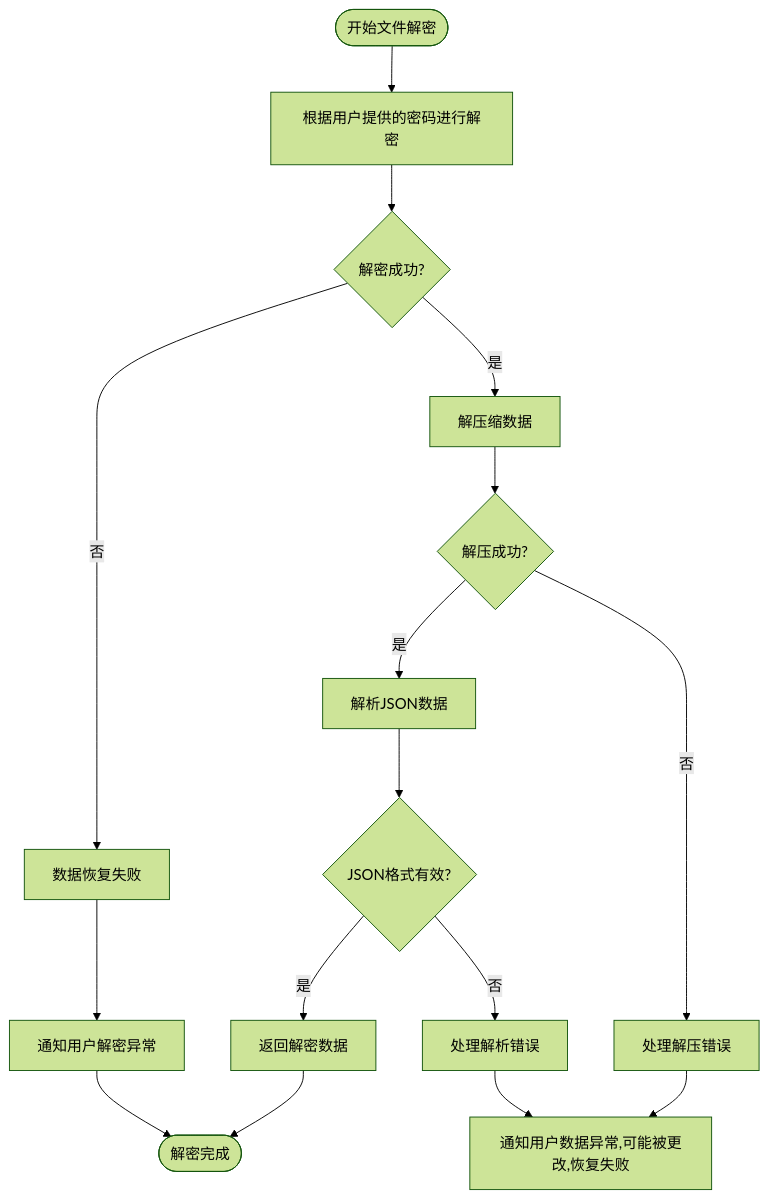
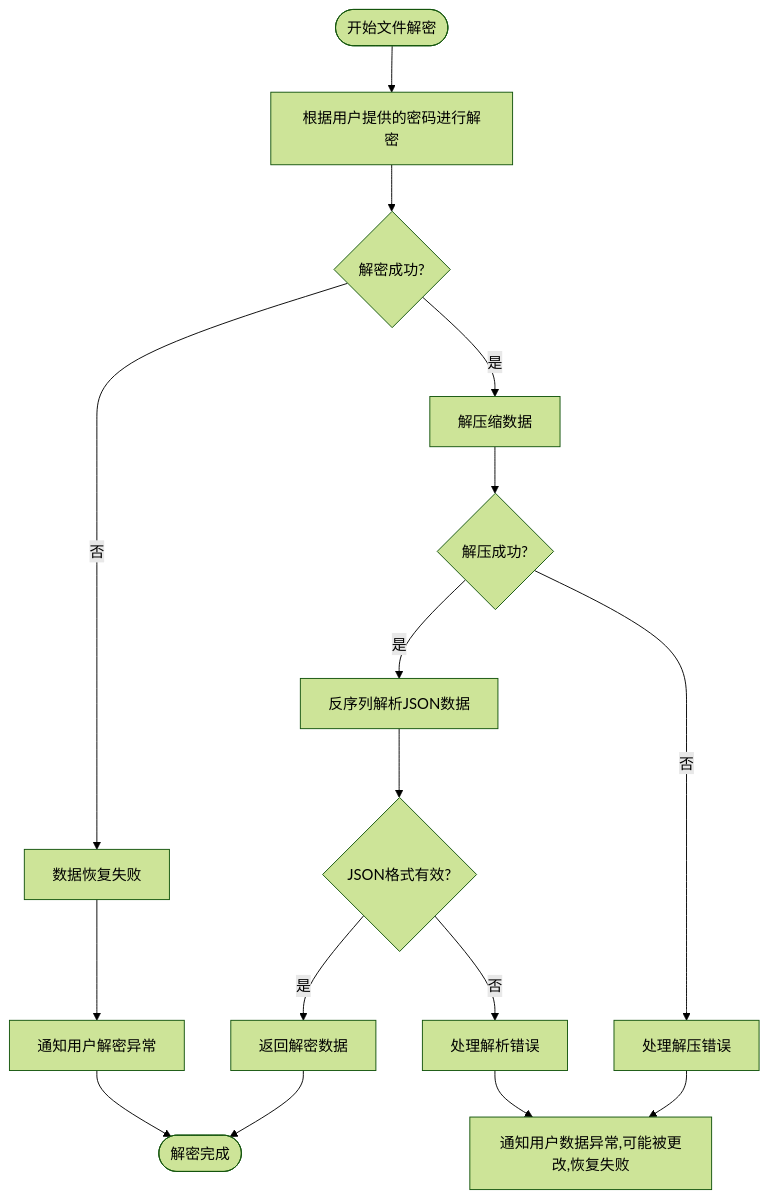
Before and after one commit to yingjianzh/iodraw-files: the diagram in all/未命名-56.md, drawn with Mermaid (forest theme).

Commit message:
2025-05-12 15:24:02 update

````diff
--- a/all/未命名-56.md
+++ b/all/未命名-56.md
@@ -1,26 +1,26 @@
 ```mermaid
 
 flowchart TD
     Start([开始文件解密]) --> ReadFile[根据用户提供的密码进行解密]
     ReadFile --> DecryptionSuccess{解密成功?}
     
     DecryptionSuccess -->|否| A[数据恢复失败]
     DecryptionSuccess -->|是| DecompressData[解压缩数据]
     
     DecompressData --> DecompressionSuccess{解压成功?}
     DecompressionSuccess -->|否| HandleDecompressError[处理解压错误]
-    DecompressionSuccess -->|是| ParseJSON[解析JSON数据]
+    DecompressionSuccess -->|是| ParseJSON[反序列解析JSON数据]
     
     ParseJSON --> JSONValid{JSON格式有效?}
     JSONValid -->|否| HandleParseError[处理解析错误]
     JSONValid -->|是| ReturnDecryptedData[返回解密数据]
     
     ReturnDecryptedData --> End([解密完成])
     
     HandleDecompressError --> LogError[通知用户数据异常,可能被更改,恢复失败]
     HandleParseError --> LogError
     
     A --> ThrowException[通知用户解密异常]
     ThrowException --> End
 
 ```
````
